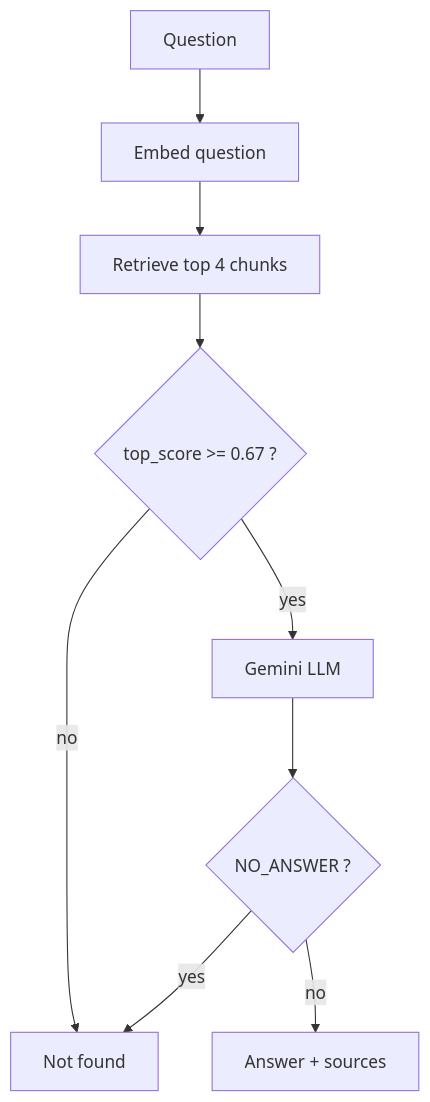
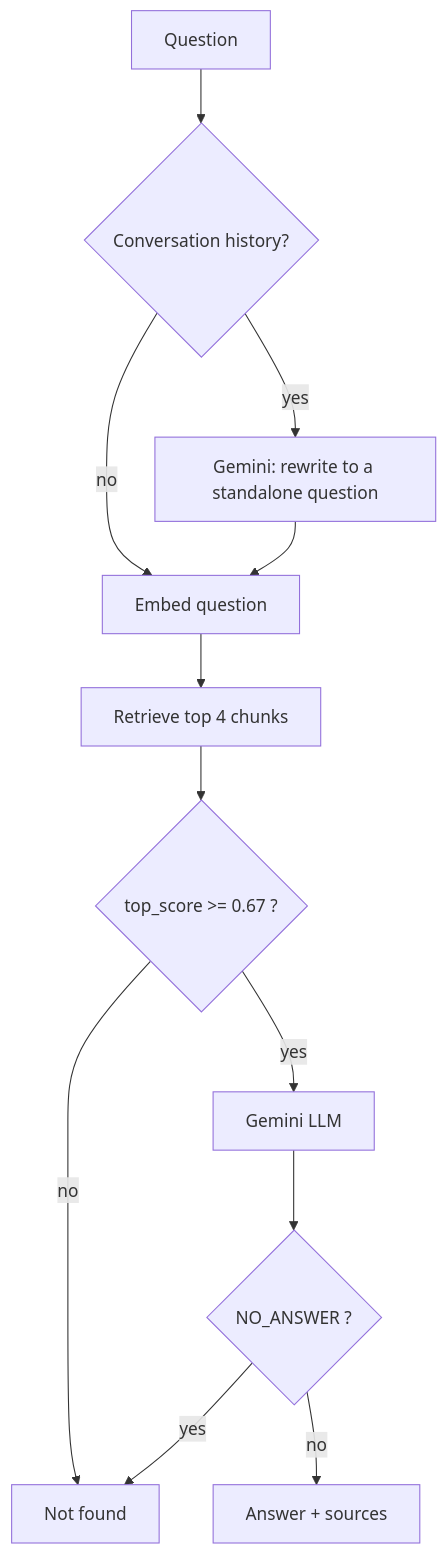
One commit to lea-shtul/Novadest-Bot changed the second of 2 diagrams in novadesk/README.md. Above: the diagram before and after it, drawn with Mermaid. The commit also changed other lines of this file, not shown here.

First line of the commit message:
Update README with new questions and conversation logic

````diff
--- a/novadesk/README.md
+++ b/novadesk/README.md
@@ -46,11 +48,14 @@
 ```mermaid
 flowchart TD
-    Q[Question] --> E[Embed question]
+    Q[Question] --> H{Conversation history?}
+    H -- no --> E[Embed question]
+    H -- yes --> W[Gemini: rewrite to a standalone question]
+    W --> E
     E --> R[Retrieve top 4 chunks]
     R --> T{top_score >= 0.67 ?}
     T -- no --> N[Not found]
     T -- yes --> L[Gemini LLM]
     L --> J{NO_ANSWER ?}
     J -- yes --> N
     J -- no --> A[Answer + sources]
 ```
````
